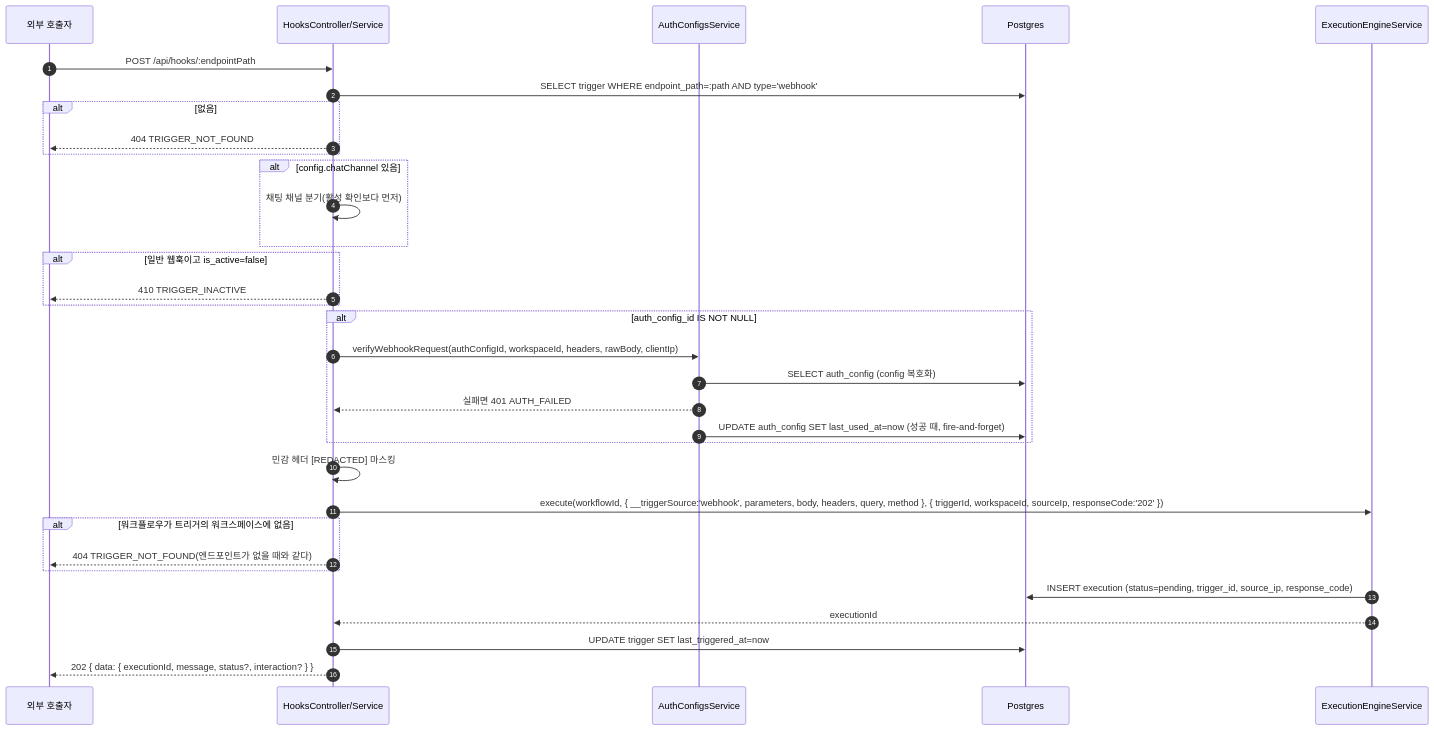
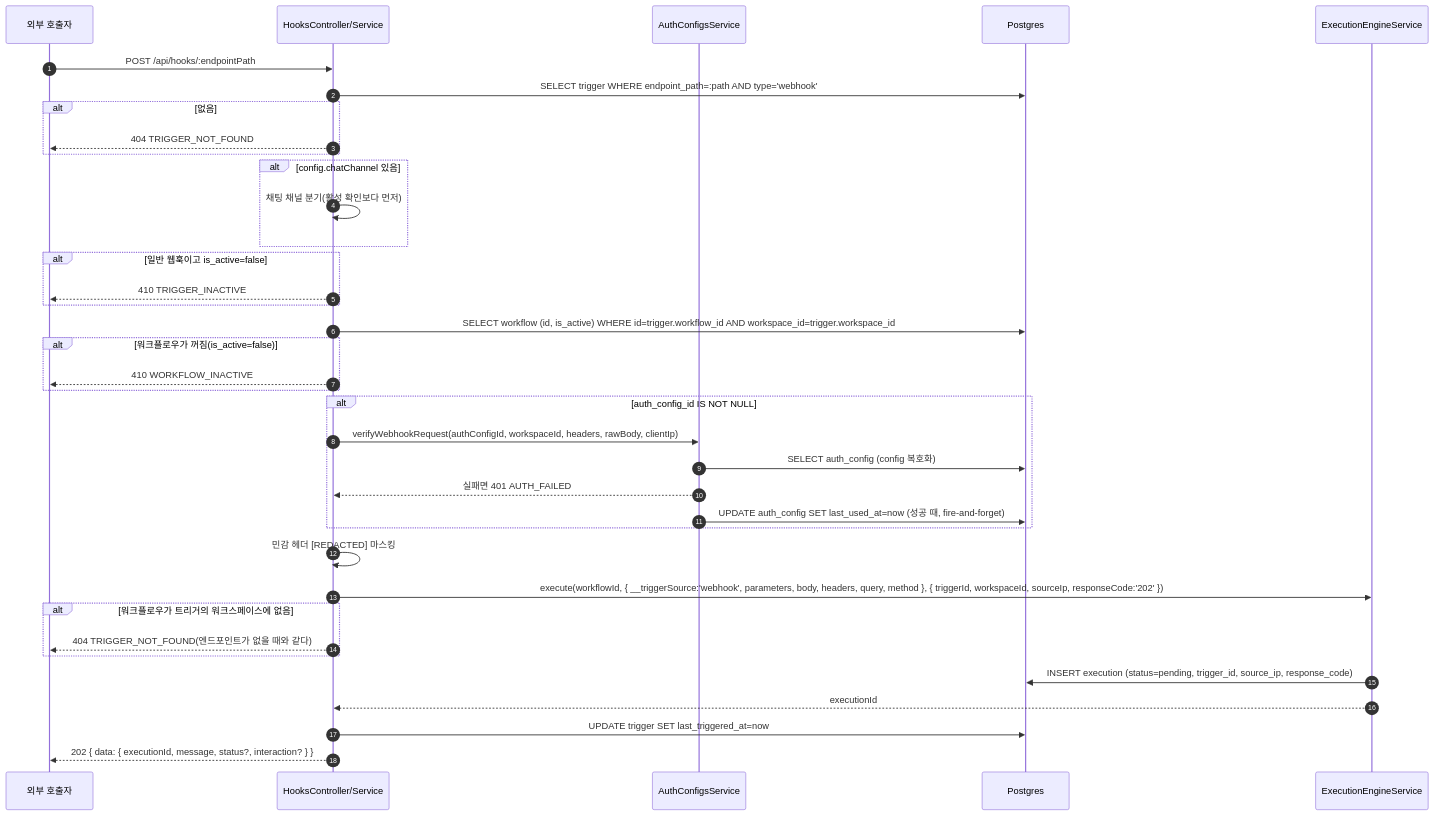
Before and after one commit to worker-ants/clemvion: the third of 6 diagrams in spec/CLE-TRIG/CLE-TRIG-DATA.md, drawn with Mermaid. The commit also changed other lines of this file and 15 other files, not shown here.

````diff
--- a/spec/CLE-TRIG/CLE-TRIG-DATA.md
+++ b/spec/CLE-TRIG/CLE-TRIG-DATA.md
@@ -240,35 +242,39 @@
 ```mermaid
 sequenceDiagram
     autonumber
     participant Ext as 외부 호출자
     participant Hk as HooksController/Service
     participant AC as AuthConfigsService
     participant PG as Postgres
     participant Eng as ExecutionEngineService
     Ext->>Hk: POST /api/hooks/:endpointPath
     Hk->>PG: SELECT trigger WHERE endpoint_path=:path AND type='webhook'
     alt 없음
         Hk-->>Ext: 404 TRIGGER_NOT_FOUND
     end
     alt config.chatChannel 있음
         Hk->>Hk: 채팅 채널 분기(활성 확인보다 먼저)
     end
     alt 일반 웹훅이고 is_active=false
         Hk-->>Ext: 410 TRIGGER_INACTIVE
     end
+    Hk->>PG: SELECT workflow (id, is_active) WHERE id=trigger.workflow_id AND workspace_id=trigger.workspace_id
+    alt 워크플로우가 꺼짐(is_active=false)
+        Hk-->>Ext: 410 WORKFLOW_INACTIVE
+    end
     alt auth_config_id IS NOT NULL
         Hk->>AC: verifyWebhookRequest(authConfigId, workspaceId, headers, rawBody, clientIp)
         AC->>PG: SELECT auth_config (config 복호화)
         AC-->>Hk: 실패면 401 AUTH_FAILED
         AC->>PG: UPDATE auth_config SET last_used_at=now (성공 때, fire-and-forget)
     end
     Hk->>Hk: 민감 헤더 [REDACTED] 마스킹
     Hk->>Eng: execute(workflowId, { __triggerSource:'webhook', parameters, body, headers, query, method }, { triggerId, workspaceId, sourceIp, responseCode:'202' })
     alt 워크플로우가 트리거의 워크스페이스에 없음
         Hk-->>Ext: 404 TRIGGER_NOT_FOUND(엔드포인트가 없을 때와 같다)
     end
     Eng->>PG: INSERT execution (status=pending, trigger_id, source_ip, response_code)
     Eng-->>Hk: executionId
     Hk->>PG: UPDATE trigger SET last_triggered_at=now
     Hk-->>Ext: 202 { data: { executionId, message, status?, interaction? } }
 ```
````
